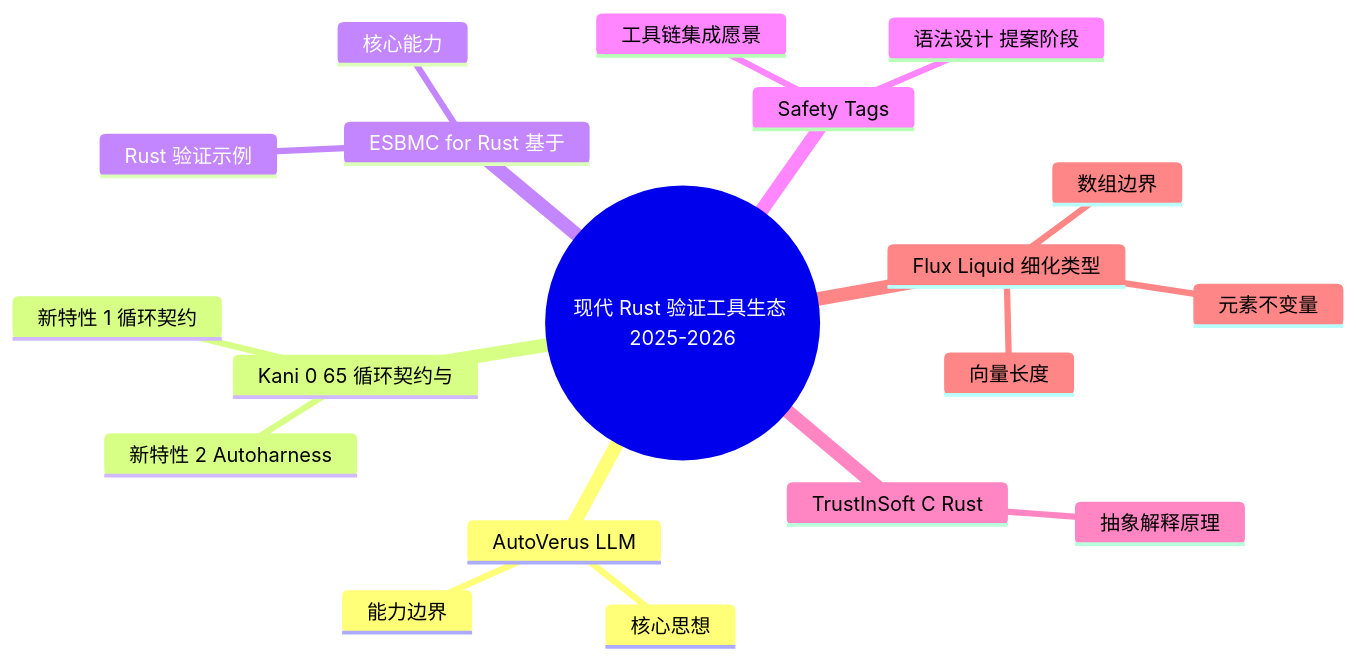
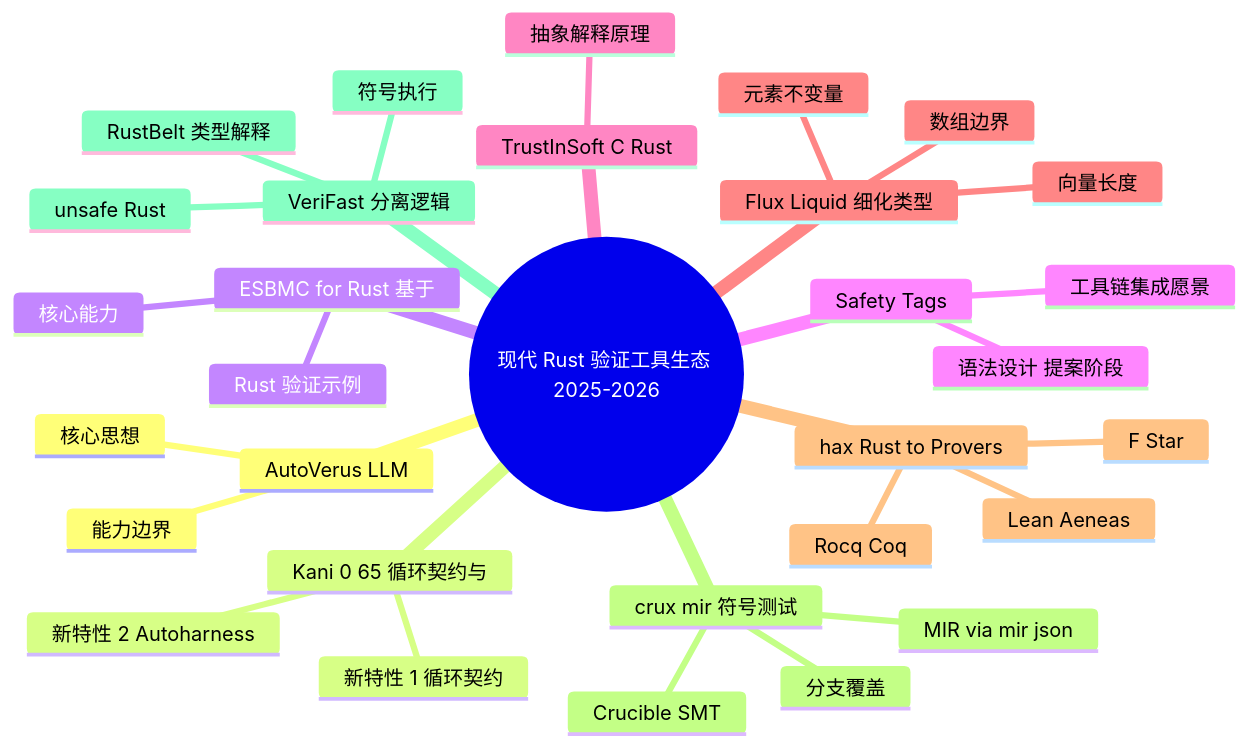
One commit to martin-ly/rust-lang changed the diagram in concept/04_formal/04_model_checking/04_modern_verification_tools.md. Above: the diagram before and after it, drawn with Mermaid. The commit also changed other lines of this file and 19 other files, not shown here.

````diff
--- a/concept/04_formal/04_model_checking/04_modern_verification_tools.md
+++ b/concept/04_formal/04_model_checking/04_modern_verification_tools.md
@@ -567,22 +755,34 @@
 ```mermaid
 mindmap
   root((现代 Rust 验证工具生态 2025-2026))
     AutoVerus LLM
       核心思想
       能力边界
     Kani 0 65 循环契约与
       新特性 1 循环契约
       新特性 2 Autoharness
     ESBMC for Rust 基于
       核心能力
       Rust 验证示例
     Safety Tags
       语法设计 提案阶段
       工具链集成愿景
     TrustInSoft C Rust
       抽象解释原理
     Flux Liquid 细化类型
       数组边界
       向量长度
       元素不变量
+    hax Rust to Provers
+      F Star
+      Lean Aeneas
+      Rocq Coq
+    crux mir 符号测试
+      MIR via mir json
+      Crucible SMT
+      分支覆盖
+    VeriFast 分离逻辑
+      符号执行
+      unsafe Rust
+      RustBelt 类型解释
 ```
````
